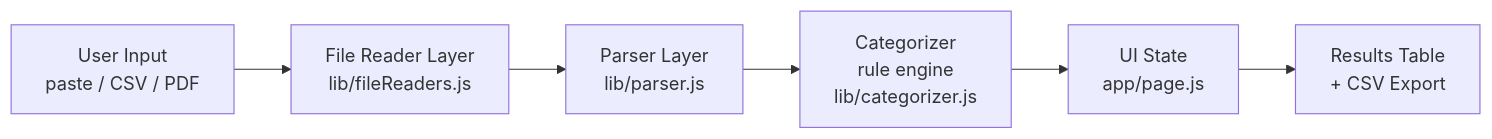
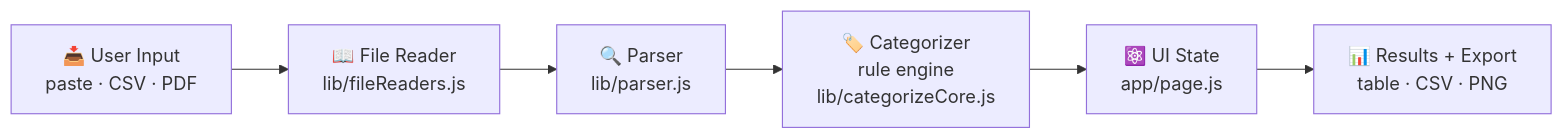
One commit to URAYUSHJAIN/finance-agent changed the first of 3 diagrams in README.md. Above: the diagram before and after it, drawn with Mermaid. The commit also changed other lines of this file and 12 other files, not shown here.

````diff
--- a/README.md
+++ b/README.md
@@ -48,8 +131,8 @@
 ```mermaid
 flowchart LR
-    A[User Input<br/>paste / CSV / PDF] --> B[File Reader Layer<br/>lib/fileReaders.js]
-    B --> C[Parser Layer<br/>lib/parser.js]
-    C --> D[Categorizer<br/>rule engine<br/>lib/categorizer.js]
-    D --> E[UI State<br/>app/page.js]
-    E --> F[Results Table<br/>+ CSV Export]
+    A["📥 User Input<br/>paste · CSV · PDF"] --> B["📖 File Reader<br/>lib/fileReaders.js"]
+    B --> C["🔍 Parser<br/>lib/parser.js"]
+    C --> D["🏷️ Categorizer<br/>rule engine<br/>lib/categorizeCore.js"]
+    D --> E["⚛️ UI State<br/>app/page.js"]
+    E --> F["📊 Results + Export<br/>table · CSV · PNG"]
 ```
````
